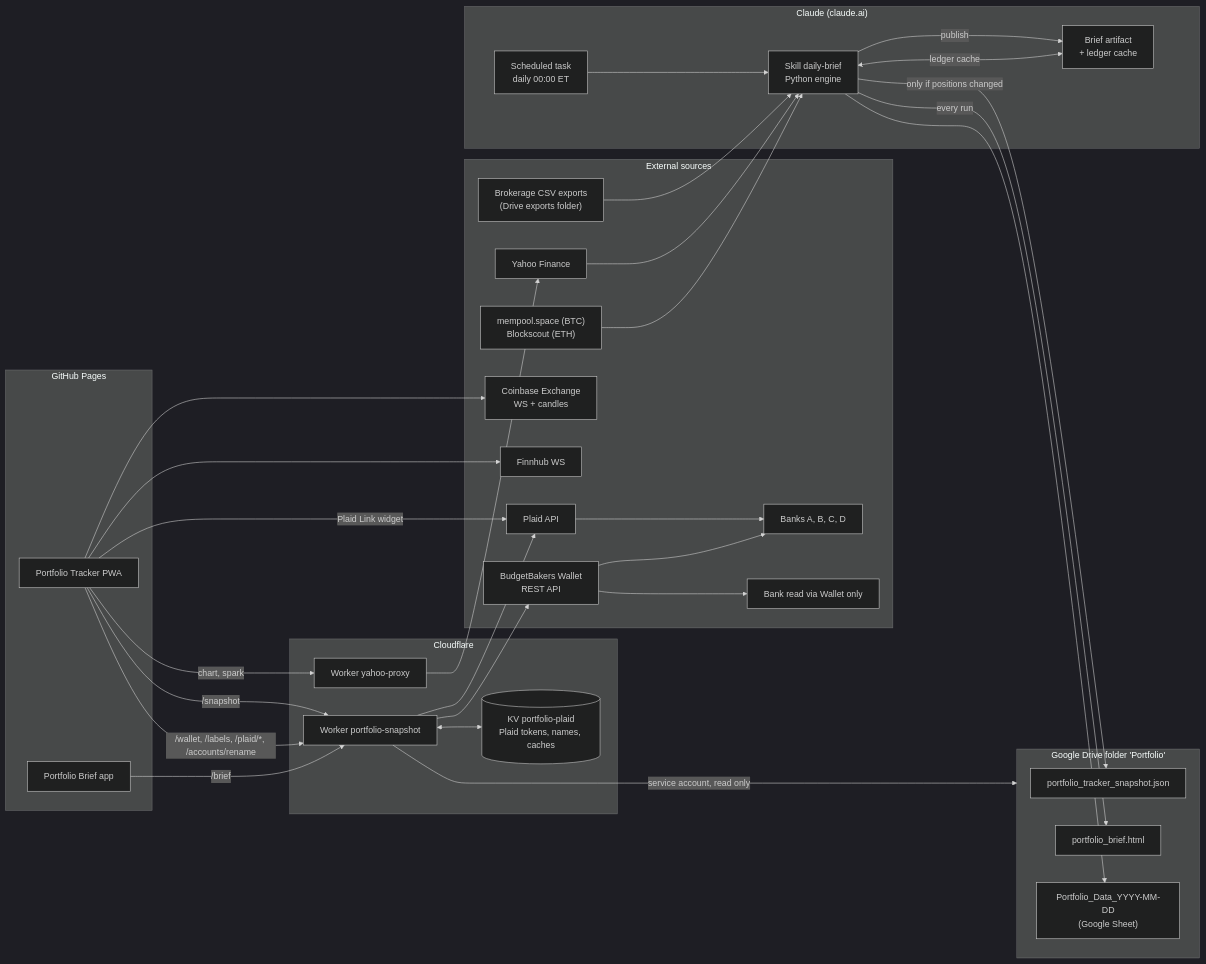
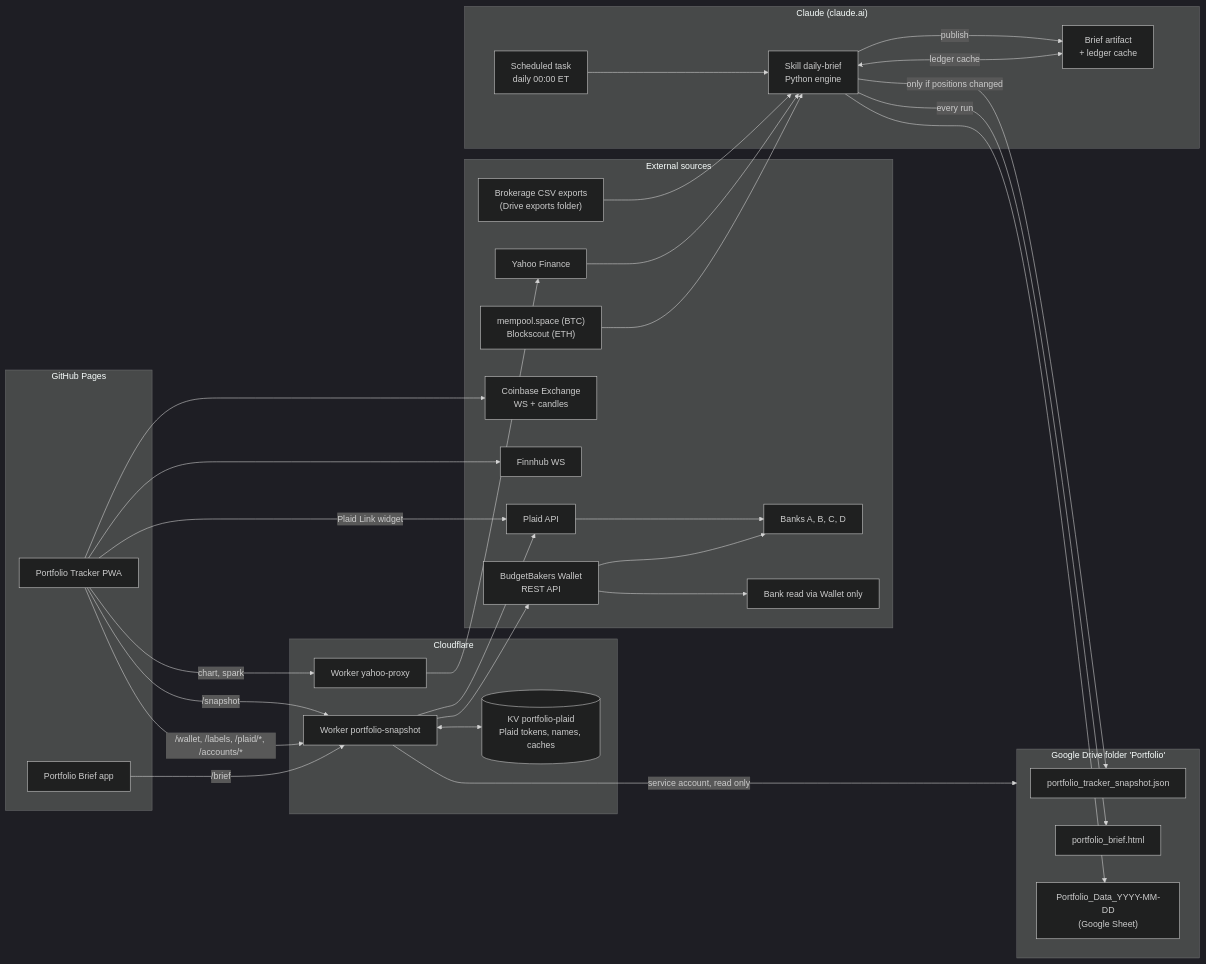
The first of 4 diagrams in docs/ARCHITECTURE.md (brunohp89/portfolio-tracker), drawn with Mermaid (dark theme) before and after one commit. The commit also changed other lines of this file and 2 other files, not shown here.

First line of the commit message:
Finish slow Plaid calls in the background and show latest transactions

````diff
--- a/docs/ARCHITECTURE.md
+++ b/docs/ARCHITECTURE.md
@@ -25,63 +25,63 @@
 ```mermaid
 flowchart LR
   subgraph Sources["External sources"]
     EXP["Brokerage CSV exports<br/>(Drive exports folder)"]
     YF["Yahoo Finance"]
     CHAIN["mempool.space (BTC)<br/>Blockscout (ETH)"]
     CB["Coinbase Exchange<br/>WS + candles"]
     FH["Finnhub WS"]
     BB["BudgetBakers Wallet<br/>REST API"]
     PL["Plaid API"]
     BANKS["Banks A, B, C, D"]
     WB["Bank read via Wallet only"]
   end
 
   subgraph Claude["Claude (claude.ai)"]
     SCHED["Scheduled task<br/>daily 00:00 ET"]
     BRIEF["Skill daily-brief<br/>Python engine"]
     ART["Brief artifact<br/>+ ledger cache"]
   end
 
   subgraph Drive["Google Drive folder 'Portfolio'"]
     SNAP["portfolio_tracker_snapshot.json"]
     BHTML["portfolio_brief.html"]
     SHEET["Portfolio_Data_YYYY-MM-DD<br/>(Google Sheet)"]
   end
 
   subgraph CF["Cloudflare"]
     WS["Worker portfolio-snapshot"]
     KV[("KV portfolio-plaid<br/>Plaid tokens, names, caches")]
     WY["Worker yahoo-proxy"]
   end
 
   subgraph Pages["GitHub Pages"]
     PWA["Portfolio Tracker PWA"]
     BAPP["Portfolio Brief app"]
   end
 
   SCHED --> BRIEF
   EXP --> BRIEF
   YF --> BRIEF
   CHAIN --> BRIEF
   ART <-->|"ledger cache"| BRIEF
   BRIEF -->|"publish"| ART
   BRIEF -->|"only if positions changed"| SNAP
   BRIEF -->|"every run"| BHTML
   BRIEF --> SHEET
 
   WS -->|"service account, read only"| Drive
   WS --> BB
   WS --> PL
   WS <--> KV
   PL --> BANKS
   BB --> BANKS
   BB --> WB
 
   PWA -->|"/snapshot"| WS
-  PWA -->|"/wallet, /labels, /plaid/*, /accounts/rename"| WS
+  PWA -->|"/wallet, /labels, /plaid/*, /accounts/*"| WS
   BAPP -->|"/brief"| WS
   PWA -->|"chart, spark"| WY --> YF
   PWA --> CB
   PWA --> FH
   PWA -->|"Plaid Link widget"| PL
 ```
````
